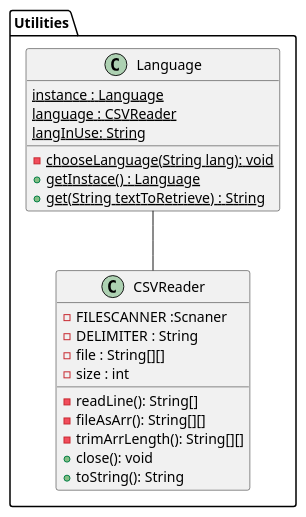
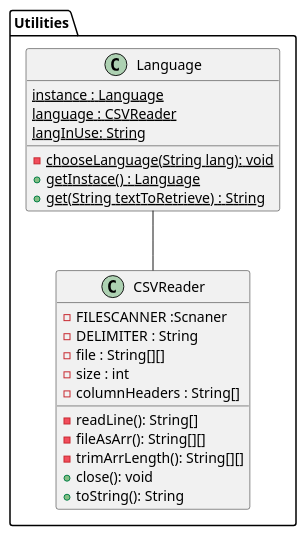
Before and after one commit to Greve2001/CDIO-final: the diagram in diagrams/Utilities_Package_Class_Diagram.puml, drawn with PlantUML.

```diff
--- a/diagrams/Utilities_Package_Class_Diagram.puml
+++ b/diagrams/Utilities_Package_Class_Diagram.puml
@@ -1,38 +1,39 @@
 @startuml
 'https://plantuml.com/class-diagram
 
 skinparam groupInheritance 2
 
 skinparam linetype polyline
 package Utilities
 {
   class CSVReader{
     -FILESCANNER :Scnaner
     -DELIMITER : String
     -file : String[][]
     -size : int
+    -columnHeaders : String[]
 
     -readLine(): String[]
     -fileAsArr(): String[][]
     -trimArrLength(): String[][]
     +close(): void
     +toString(): String
   }
   class Language{
      {static} instance : Language
      {static} language : CSVReader
      {static} langInUse: String
 
      {static} -chooseLanguage(String lang): void
      {static} +getInstace() : Language
      {static} +get(String textToRetrieve) : String
 
 
   }
 }
 
 Language -- CSVReader
 
 
 
 @enduml
```
